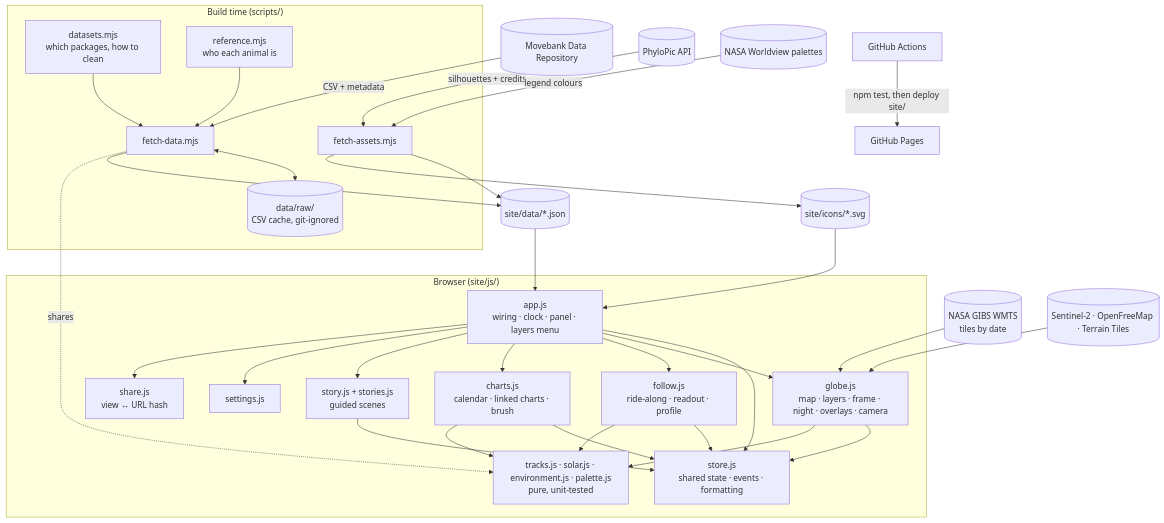
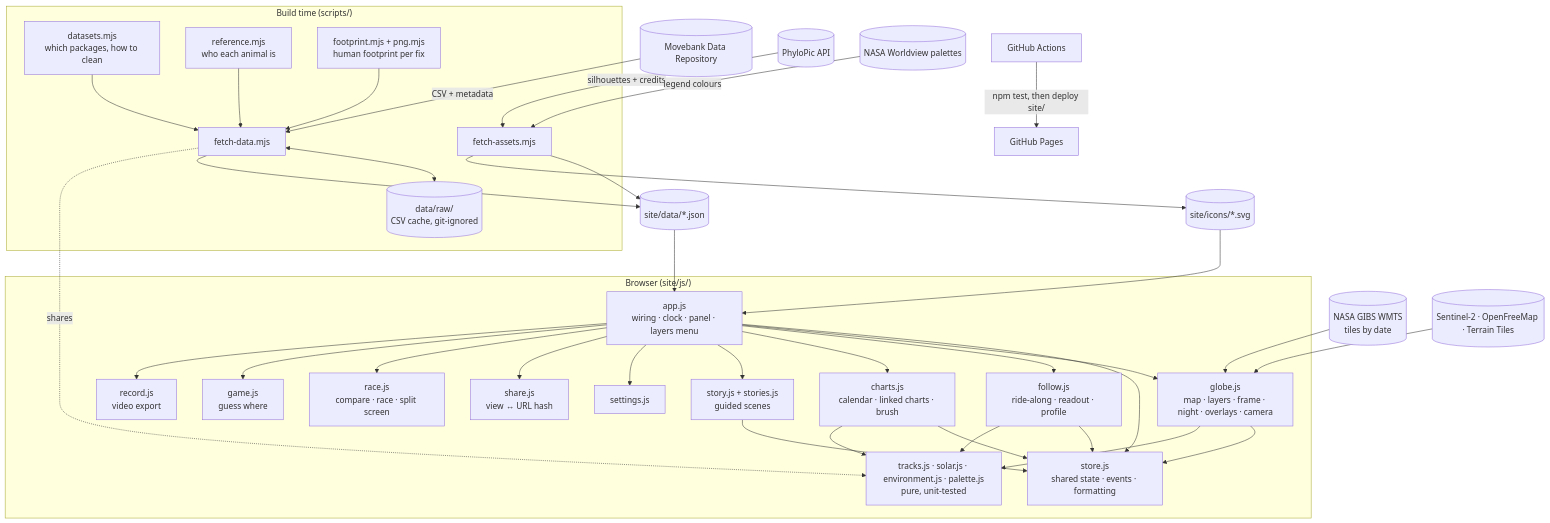
Before and after one commit to amalmehta/TrackTheMigration: the diagram in docs/SYSTEM-DESIGN.md, drawn with Mermaid. The commit also changed other lines of this file and 35 other files, not shown here.

First line of the commit message:
Races, human impact layers, guess-where game, embeds and video

````diff
--- a/docs/SYSTEM-DESIGN.md
+++ b/docs/SYSTEM-DESIGN.md
@@ -7,40 +7,45 @@
 ```mermaid
 flowchart TB
   subgraph Build["Build time (scripts/)"]
     REG[datasets.mjs<br>which packages, how to clean]
     FETCH[fetch-data.mjs]
     REF[reference.mjs<br>who each animal is]
+    FP[footprint.mjs + png.mjs<br>human footprint per fix]
     REF --> FETCH
+    FP --> FETCH
     ASSETS[fetch-assets.mjs]
     RAW[(data/raw/<br>CSV cache, git-ignored)]
     REG --> FETCH
     FETCH <--> RAW
   end
   MDR[(Movebank Data Repository)] -->|CSV + metadata| FETCH
   PHY[(PhyloPic API)] -->|silhouettes + credits| ASSETS
   WV[(NASA Worldview palettes)] -->|legend colours| ASSETS
   FETCH --> DATA[(site/data/*.json)]
   ASSETS --> DATA
   ASSETS --> ICONS[(site/icons/*.svg)]
 
   subgraph Browser["Browser (site/js/)"]
     APP[app.js<br>wiring · clock · panel · layers menu]
     STORE[store.js<br>shared state · events · formatting]
     GLOBE[globe.js<br>map · layers · frame · night · overlays · camera]
     FOLLOW[follow.js<br>ride-along · readout · profile]
     CHARTS[charts.js<br>calendar · linked charts · brush]
     STORY[story.js + stories.js<br>guided scenes]
     SHARE[share.js<br>view ↔ URL hash]
+    RACE[race.js<br>compare · race · split screen]
+    GAME[game.js<br>guess where]
+    REC[record.js<br>video export]
     PURE[tracks.js · solar.js · environment.js · palette.js<br>pure, unit-tested]
     SET[settings.js]
-    APP --> STORE & GLOBE & FOLLOW & CHARTS & STORY & SET & SHARE
+    APP --> STORE & GLOBE & FOLLOW & CHARTS & STORY & SET & SHARE & RACE & GAME & REC
     GLOBE & FOLLOW & CHARTS & STORY --> STORE
     GLOBE & FOLLOW & CHARTS --> PURE
   end
   DATA --> APP
   ICONS --> APP
   GIBS[(NASA GIBS WMTS<br>tiles by date)] --> GLOBE
   TILES[(Sentinel-2 · OpenFreeMap · Terrain Tiles)] --> GLOBE
   FETCH -. shares .-> PURE
   GH[GitHub Actions] -->|npm test, then deploy site/| PAGES[GitHub Pages]
 ```
````
